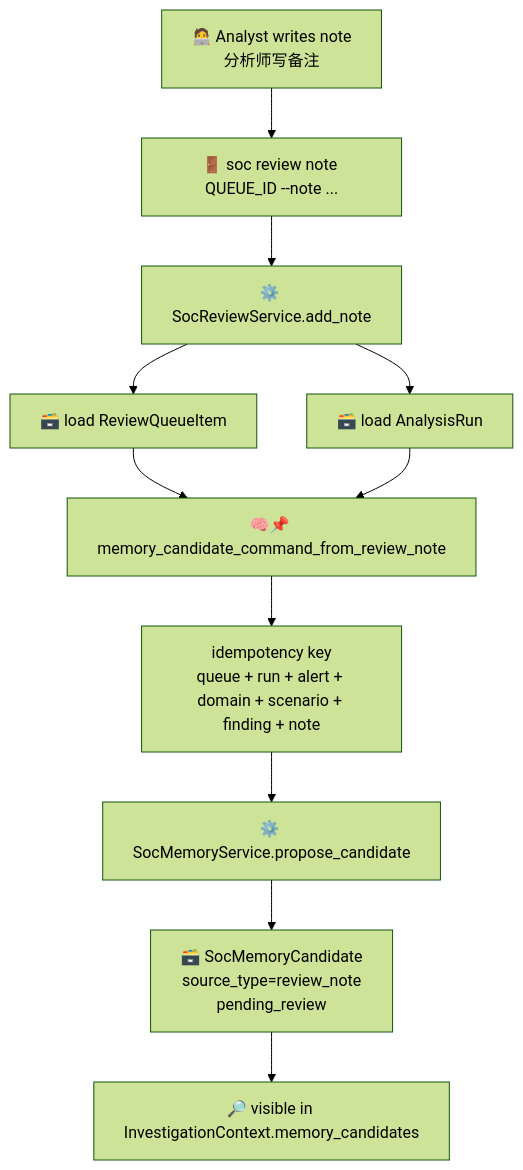
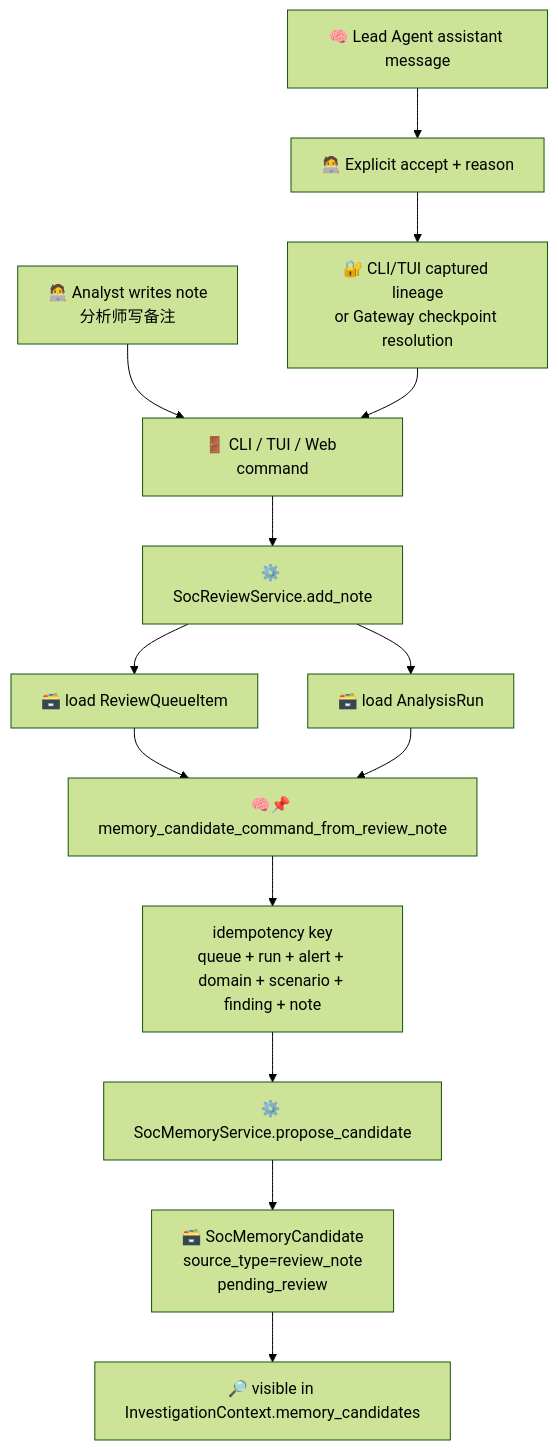
Diagram 15 of 22 in .notes/ai_soc/alert-lifecycle-flow.md (yydspanda/deer-flow), drawn with Mermaid (forest theme) before and after one commit. The commit also changed other lines of this file and 107 other files, not shown here.

Commit message:
feat(soc): complete governed lead agent workflows

````diff
--- a/.notes/ai_soc/alert-lifecycle-flow.md
+++ b/.notes/ai_soc/alert-lifecycle-flow.md
@@ -692,13 +728,16 @@
 ```mermaid
 flowchart TD
-    A["🧑‍💻 Analyst writes note<br/>分析师写备注"] --> B["🚪 soc review note QUEUE_ID --note ..."]
+    A["🧑‍💻 Analyst writes note<br/>分析师写备注"] --> B["🚪 CLI / TUI / Web command"]
+    A0["🧠 Lead Agent assistant message"] --> A1["🧑‍💻 Explicit accept + reason"]
+    A1 --> B0["🔐 CLI/TUI captured lineage<br/>or Gateway checkpoint resolution"]
+    B0 --> B
     B --> C["⚙️ SocReviewService.add_note"]
     C --> D["🗃️ load ReviewQueueItem"]
     C --> E["🗃️ load AnalysisRun"]
     D --> F["🧠📌 memory_candidate_command_from_review_note"]
     E --> F
     F --> G["idempotency key<br/>queue + run + alert + domain + scenario + finding + note"]
     G --> H["⚙️ SocMemoryService.propose_candidate"]
     H --> I["🗃️ SocMemoryCandidate<br/>source_type=review_note<br/>pending_review"]
     I --> J["🔎 visible in InvestigationContext.memory_candidates"]
 ```
````
